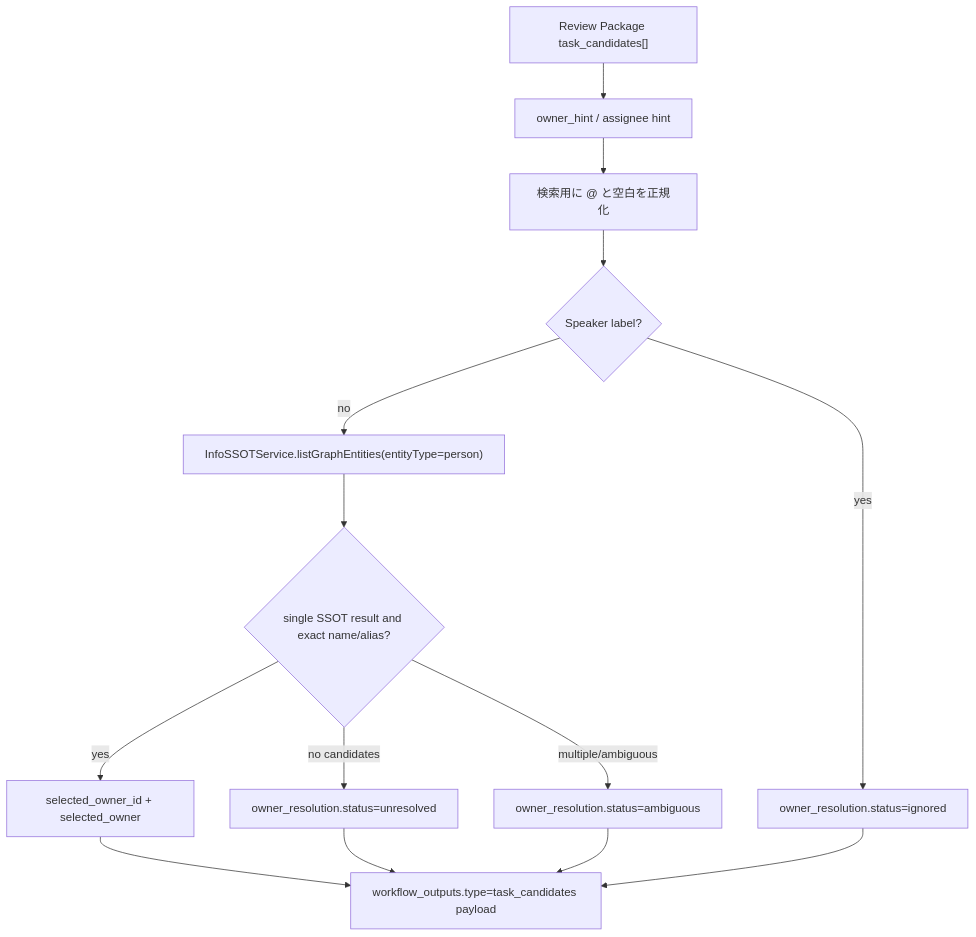
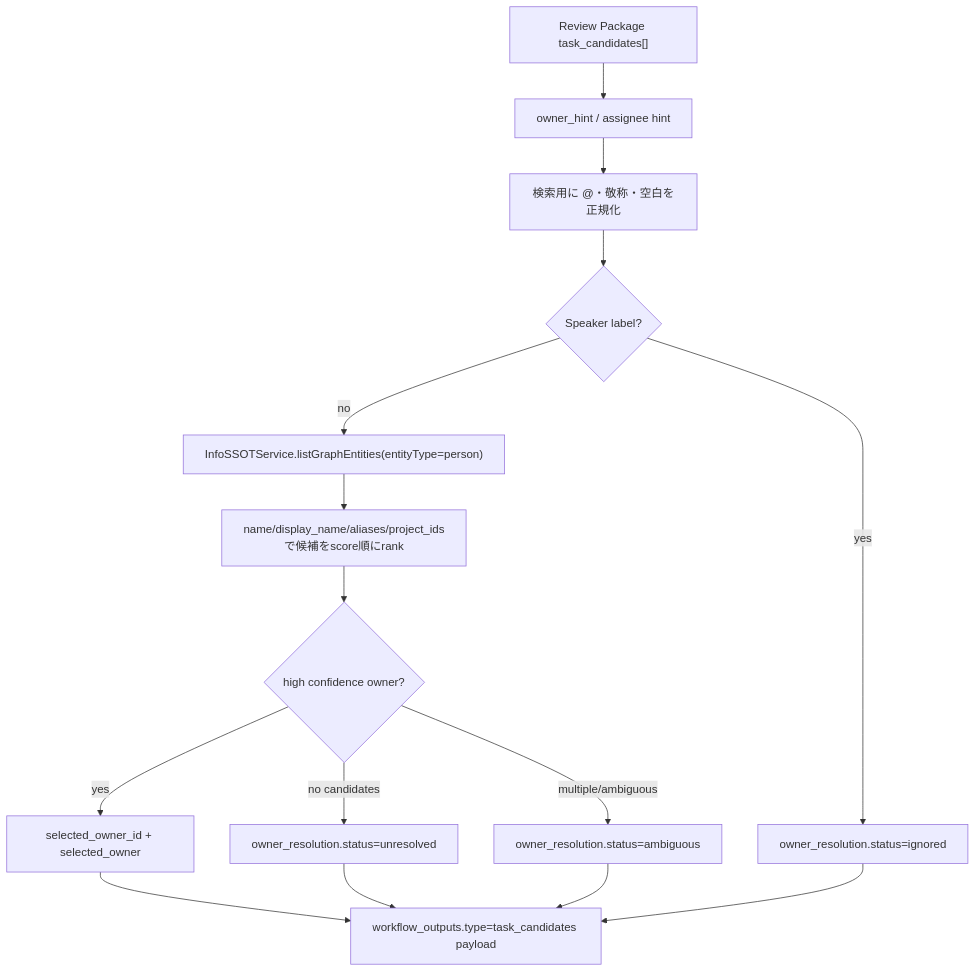
One commit to Unson-LLC/brainbase changed the first of 3 diagrams in docs/architecture/meeting-task-owner-ssot-resolution-architecture.md. Above: the diagram before and after it, drawn with Mermaid. The commit also changed other lines of this file and 8 other files, not shown here.

First line of the commit message:
story-meeting-task-owner-ssot-resolution - Meeting Task Owners Resolve from people SSOT (#998)

````diff
--- a/docs/architecture/meeting-task-owner-ssot-resolution-architecture.md
+++ b/docs/architecture/meeting-task-owner-ssot-resolution-architecture.md
@@ -5,16 +5,17 @@
 ```mermaid
 flowchart TB
   pkg["Review Package task_candidates[]"] --> hint["owner_hint / assignee hint"]
-  hint --> normalize["検索用に @ と空白を正規化"]
+  hint --> normalize["検索用に @・敬称・空白を正規化"]
   normalize --> speaker{"Speaker label?"}
   speaker -->|yes| ignored["owner_resolution.status=ignored"]
   speaker -->|no| ssot["InfoSSOTService.listGraphEntities(entityType=person)"]
-  ssot --> match{"single SSOT result and exact name/alias?"}
+  ssot --> rank["name/display_name/aliases/project_idsで候補をscore順にrank"]
+  rank --> match{"high confidence owner?"}
   match -->|yes| resolved["selected_owner_id + selected_owner"]
   match -->|no candidates| unresolved["owner_resolution.status=unresolved"]
   match -->|multiple/ambiguous| ambiguous["owner_resolution.status=ambiguous"]
   resolved --> output["workflow_outputs.type=task_candidates payload"]
   unresolved --> output
   ambiguous --> output
   ignored --> output
 ```
````
